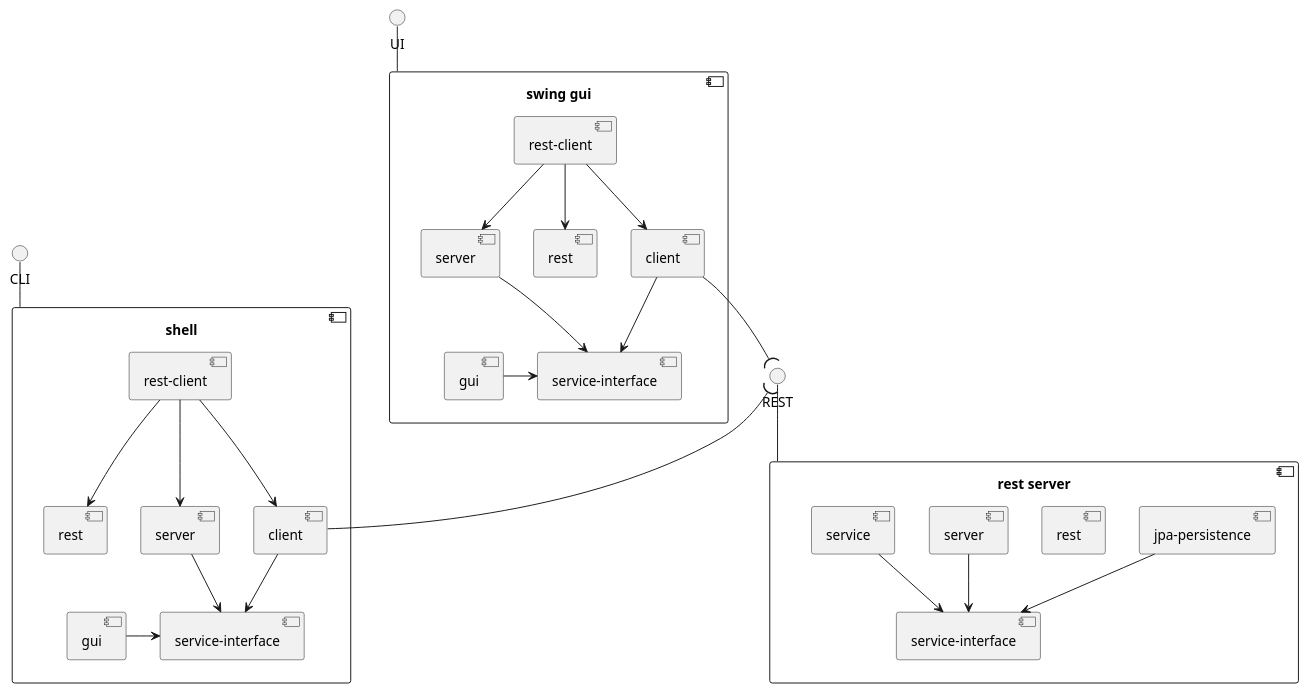
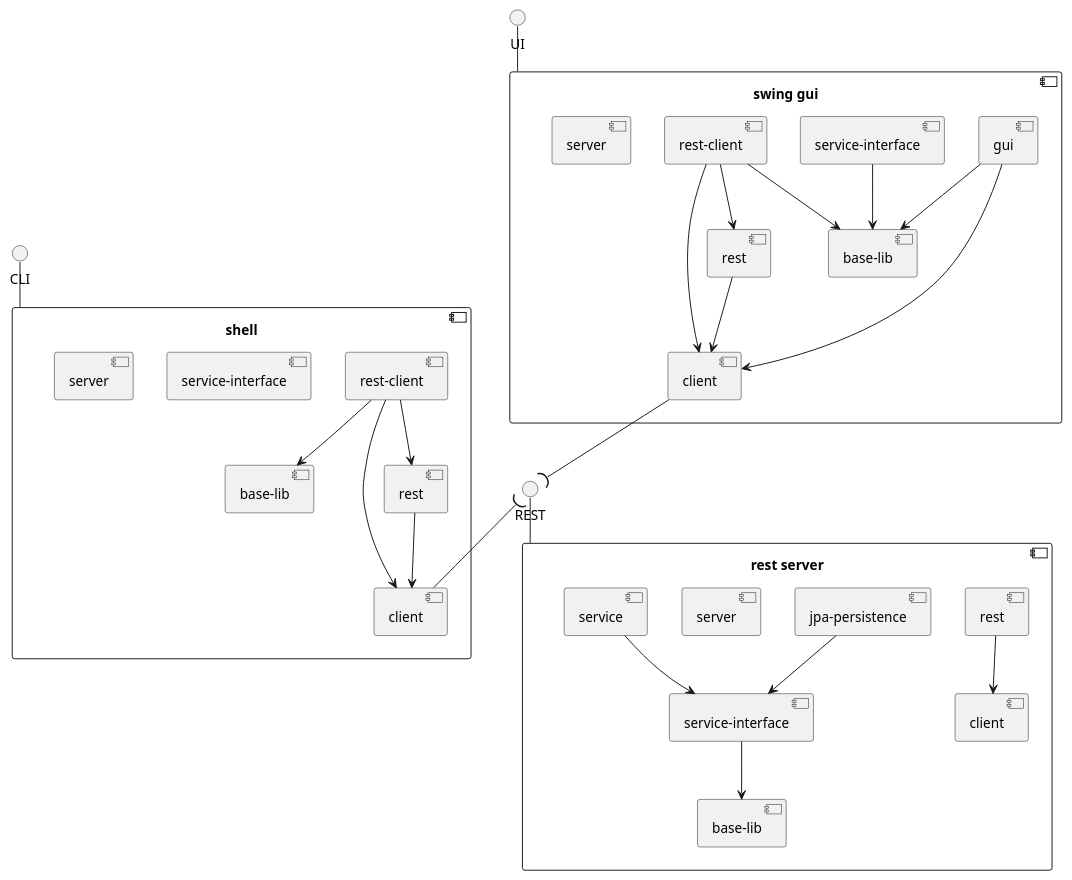
Before and after one commit to greifentor/carp-bm: the diagram in docs/architecture/component-diagram-level-1.plantuml, drawn with PlantUML. The commit also changed 111 other files, not shown here.

```diff
--- a/docs/architecture/component-diagram-level-1.plantuml
+++ b/docs/architecture/component-diagram-level-1.plantuml
@@ -1,71 +1,73 @@
 @startuml
 
 '!theme mono
 'COMMENT - skinparam linetype ortho
 
 interface cli as "CLI"
 interface restserverrest as "REST"
 interface ui as "UI"
 
 component restserver as "rest server" {
+    component rsbaselib as "base-lib"
     component rsjpapersistence as "jpa-persistence"
+    component rsclient as "client"
     component rsrest as "rest"
     component rsserver as "server"
     component rsservice as "service"
     component rsserviceinterface as "service-interface"
 
     rsjpapersistence --> rsserviceinterface
 
-    rsserver --> rsserviceinterface
+    rsrest --> rsclient
 
     rsservice --> rsserviceinterface
+
+    rsserviceinterface --> rsbaselib
 }
 
 component shell {
+    component shbaselib as "base-lib"
     component shclient as "client"
-    component shgui as "gui"
     component shrest as "rest"
     component shrestclient as "rest-client"
     component shserviceinterface as "service-interface"
     component shserver as "server"
 
-    shclient --> shserviceinterface
+    shrest --> shclient
 
-    shgui -RIGHT-> shserviceinterface
-
+    shrestclient --> shbaselib
     shrestclient --> shclient
     shrestclient --> shrest
-    shrestclient --> shserver
-
-    shserver --> shserviceinterface
 
     restserverrest )-- shclient
 }
 
 component swinggui as "swing gui" {
+    component baselib as "base-lib"
     component client
     component gui
     component rest
     component restclient as "rest-client"
     component serviceinterface as "service-interface"
     component server
 
-    client --> serviceinterface
+    gui -DOWN-> baselib
+    gui -RIGHT-> client
 
-    gui -RIGHT-> serviceinterface
+    rest --> client
 
+    restclient --> baselib
     restclient --> client
     restclient --> rest
-    restclient --> server
 
-    server --> serviceinterface
+    serviceinterface --> baselib
 
     restserverrest )-UP- client
 }
 
 cli -- shell
 ui -- swinggui
 
 restserver -UP- restserverrest
 
 @enduml
```
